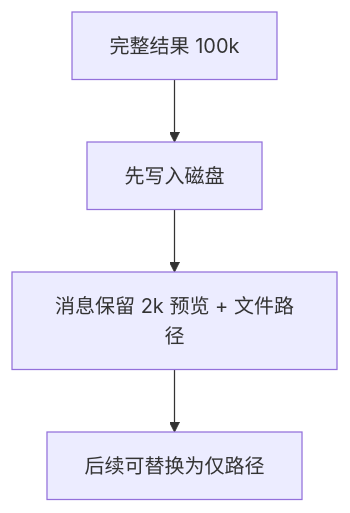
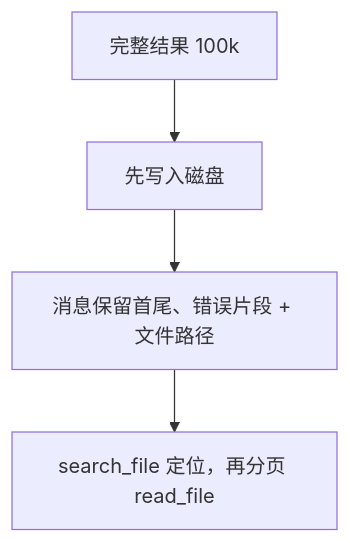
Before and after one commit to still0123/agentloop: the tenth of 17 diagrams in docs/study-guide.md, drawn with Mermaid. The commit also changed other lines of this file and 2 other files, not shown here.

````diff
--- a/docs/study-guide.md
+++ b/docs/study-guide.md
@@ -645,6 +698,6 @@
 ```mermaid
 flowchart TD
     Full["完整结果 100k"] --> Save["先写入磁盘"]
-    Save --> Preview["消息保留 2k 预览 + 文件路径"]
-    Preview --> Later["后续可替换为仅路径"]
+    Save --> Preview["消息保留首尾、错误片段 + 文件路径"]
+    Preview --> Recall["search_file 定位，再分页 read_file"]
 ```
````
